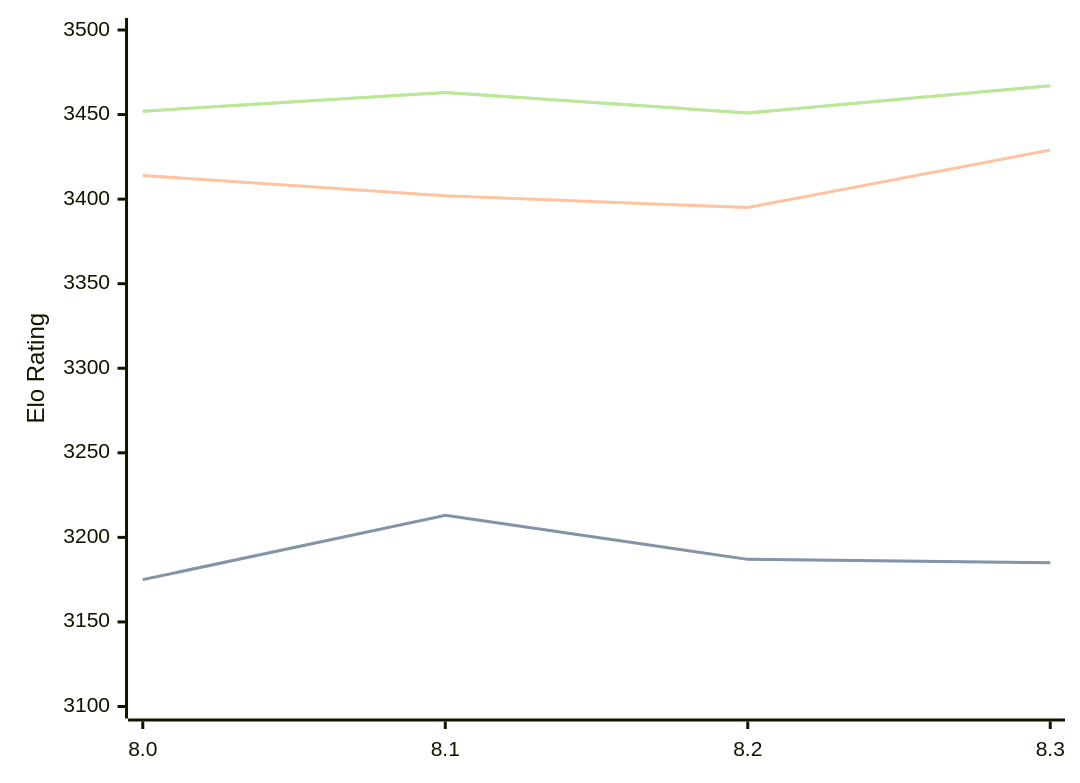
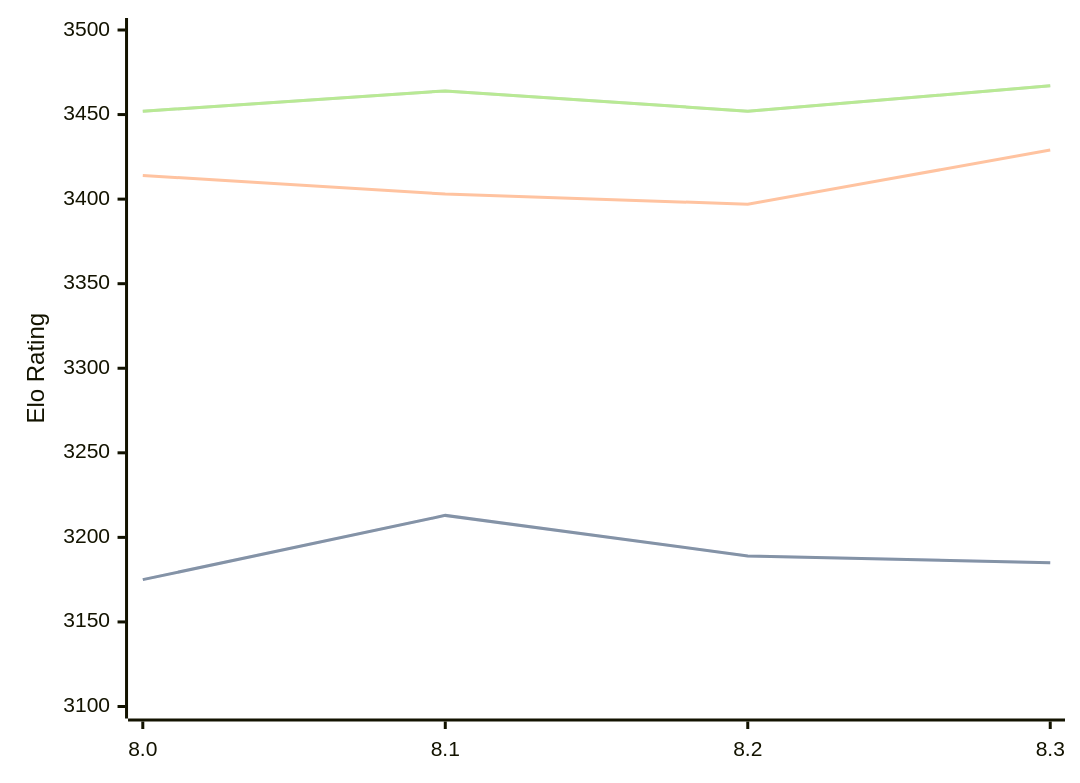
The diagram in engines/Alexander.md (computer-chess-index/cci), drawn with Mermaid before and after one commit. The commit also changed other lines of this file, not shown here.

Commit message:
Update CCI Ratings (ELO VLTC) - 2026-04-27

````diff
--- a/engines/Alexander.md
+++ b/engines/Alexander.md
@@ -48,11 +48,11 @@
 ```mermaid
 %%{init: {"theme":"base","themeVariables":{"seriesColors:['#a3a3a3','#222221','#faa371']}}}%%
 xychart-beta
   x-axis ["8.0", "8.1", "8.2", "8.3"]
   y-axis "Elo Rating" 3100 --> 3500
-  line "STC (8.0+0.08s)" [3175, 3213, 3187, 3185]
-  line "STC (8.0+0.08s)" [3175, 3213, 3187, 3185]
-  line "LTC (60.0+0.60s)" [3414, 3402, 3395, 3429]
-  line "VLTC (2m24s+1.12s)" [3452, 3463, 3451, 3467]
-  line "VLTC (2m24s+1.12s)" [3452, 3463, 3451, 3467]
+  line "STC (8.0+0.08s)" [3175, 3213, 3189, 3185]
+  line "STC (8.0+0.08s)" [3175, 3213, 3189, 3185]
+  line "LTC (60.0+0.60s)" [3414, 3403, 3397, 3429]
+  line "VLTC (2m24s+1.12s)" [3452, 3464, 3452, 3467]
+  line "VLTC (2m24s+1.12s)" [3452, 3464, 3452, 3467]
 ```
````
